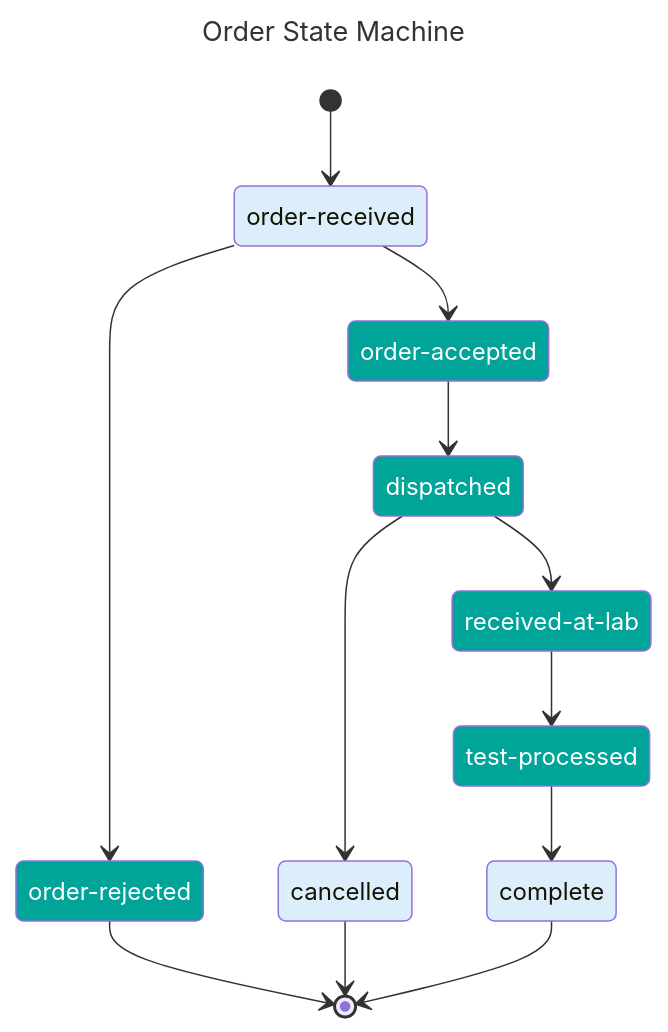
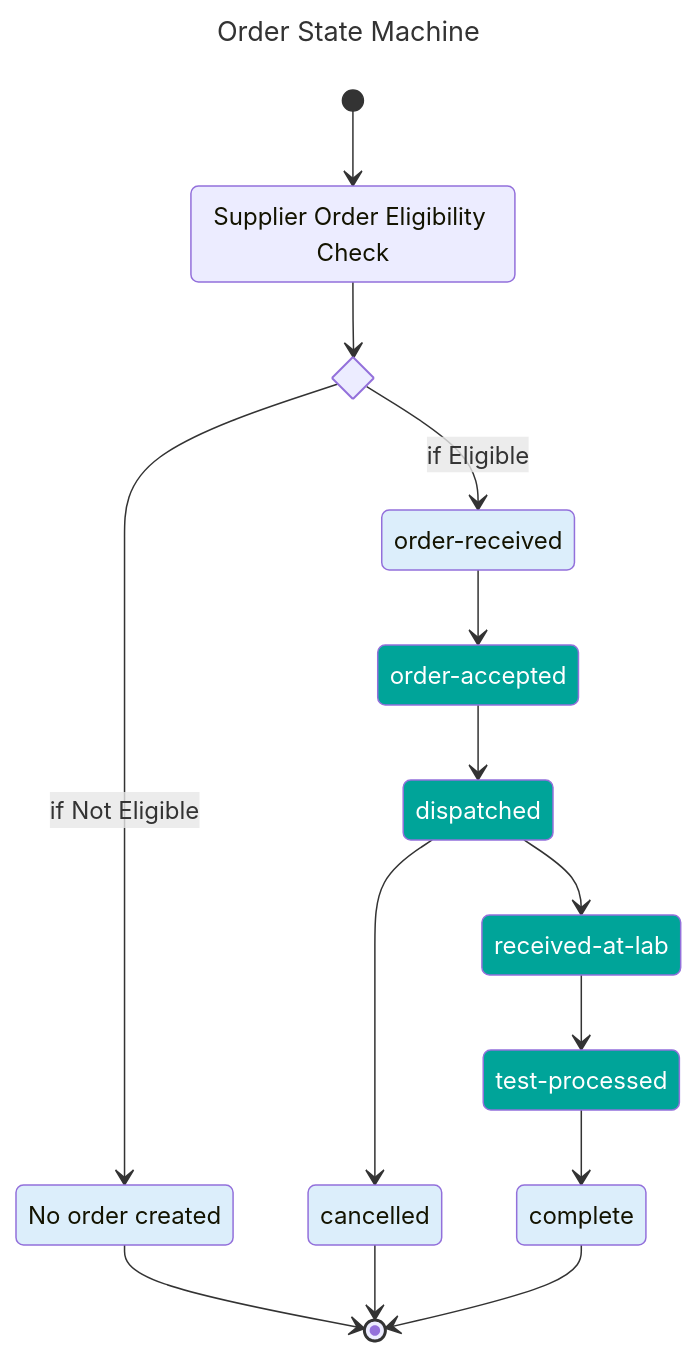
One commit to NHSDigital/hometest-supplier-integration-framework changed the diagram in docs/status-transitions.md. Above: the diagram before and after it, drawn with Mermaid. The commit also changed other lines of this file and 4 other files, not shown here.

````diff
--- a/docs/status-transitions.md
+++ b/docs/status-transitions.md
@@ -22,27 +21,30 @@
 ```mermaid
 ---
 title: Order State Machine
 ---
 stateDiagram-v2
-
     classDef supplierSent fill:#00A499, color:#fff
     classDef homeTestSent fill:#dceefb
+    state eligibility_check <<choice>>
 
+    orderEligibilityCheck: Supplier Order Eligibility Check
     orderReceived: order-received
     orderAccepted: order-accepted
-    orderRejected: order-rejected
+    orderRejected: No order created
     receivedAtLab: received-at-lab
     testProcessed: test-processed
 
-    [*] --> orderReceived :::homeTestSent
+    [*] --> orderEligibilityCheck
+    orderEligibilityCheck --> eligibility_check
+    eligibility_check --> orderReceived:::homeTestSent : if Eligible
+    eligibility_check --> orderRejected:::homeTestSent : if Not Eligible
     orderReceived --> orderAccepted:::supplierSent
-    orderReceived --> orderRejected:::supplierSent
     orderRejected --> [*]
     orderAccepted --> dispatched:::supplierSent
     dispatched --> receivedAtLab:::supplierSent
     dispatched --> cancelled:::homeTestSent
     cancelled --> [*]
     receivedAtLab --> testProcessed:::supplierSent
     testProcessed --> complete:::homeTestSent
     complete --> [*]
 ```
````
